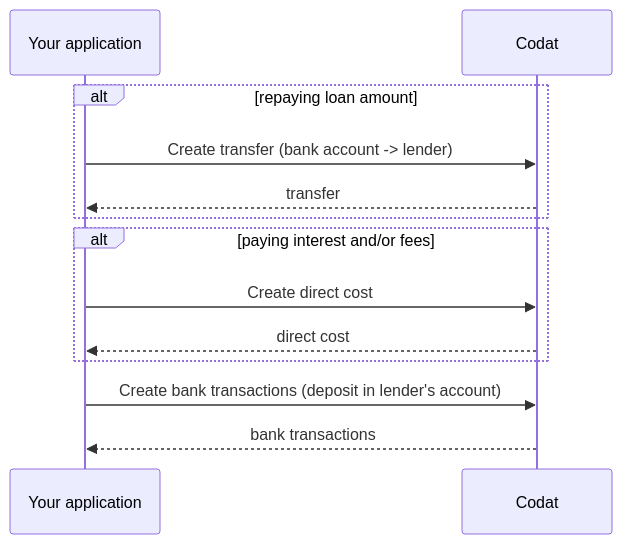
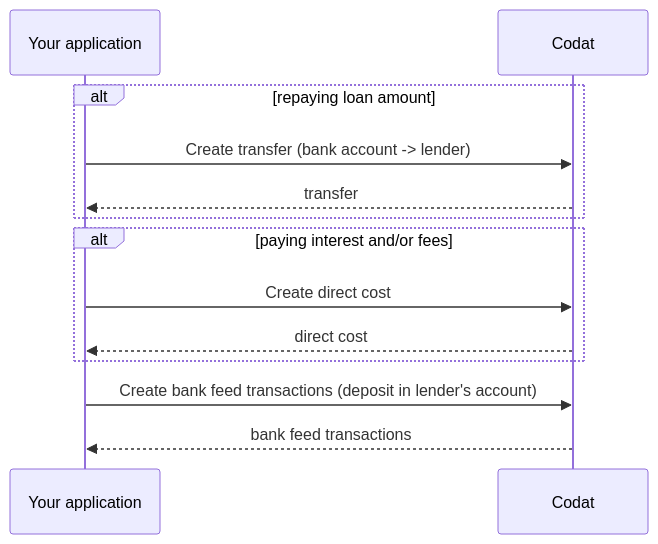
One commit to codatio/codat-docs changed the diagram in docs/lending/guides/loan-writeback/repay-general-loan.md. Above: the diagram before and after it, drawn with Mermaid.

Commit message:
Apply suggestions from code review

````diff
--- a/docs/lending/guides/loan-writeback/repay-general-loan.md
+++ b/docs/lending/guides/loan-writeback/repay-general-loan.md
@@ -24,18 +24,18 @@
 ```mermaid
 sequenceDiagram
     participant application as Your application 
     participant codat as Codat
     
     alt repaying loan amount
         application ->> codat: Create transfer (bank account -> lender)
         codat -->> application:  transfer
     end
     
     alt paying interest and/or fees
         application ->> codat: Create direct cost
         codat -->> application: direct cost
     end
 
-    application ->> codat: Create bank transactions (deposit in lender's account)
-    codat -->> application: bank transactions
+    application ->> codat: Create bank feed transactions (deposit in lender's account)
+    codat -->> application: bank feed transactions
 ```
````
